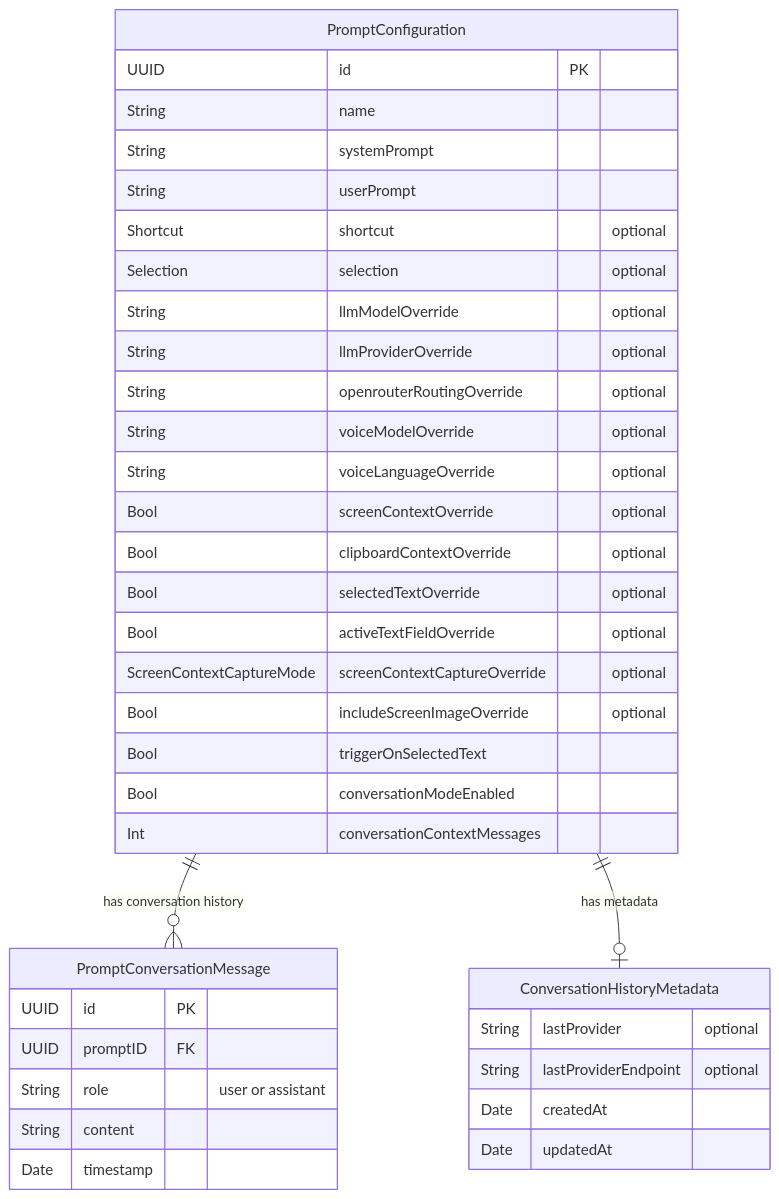
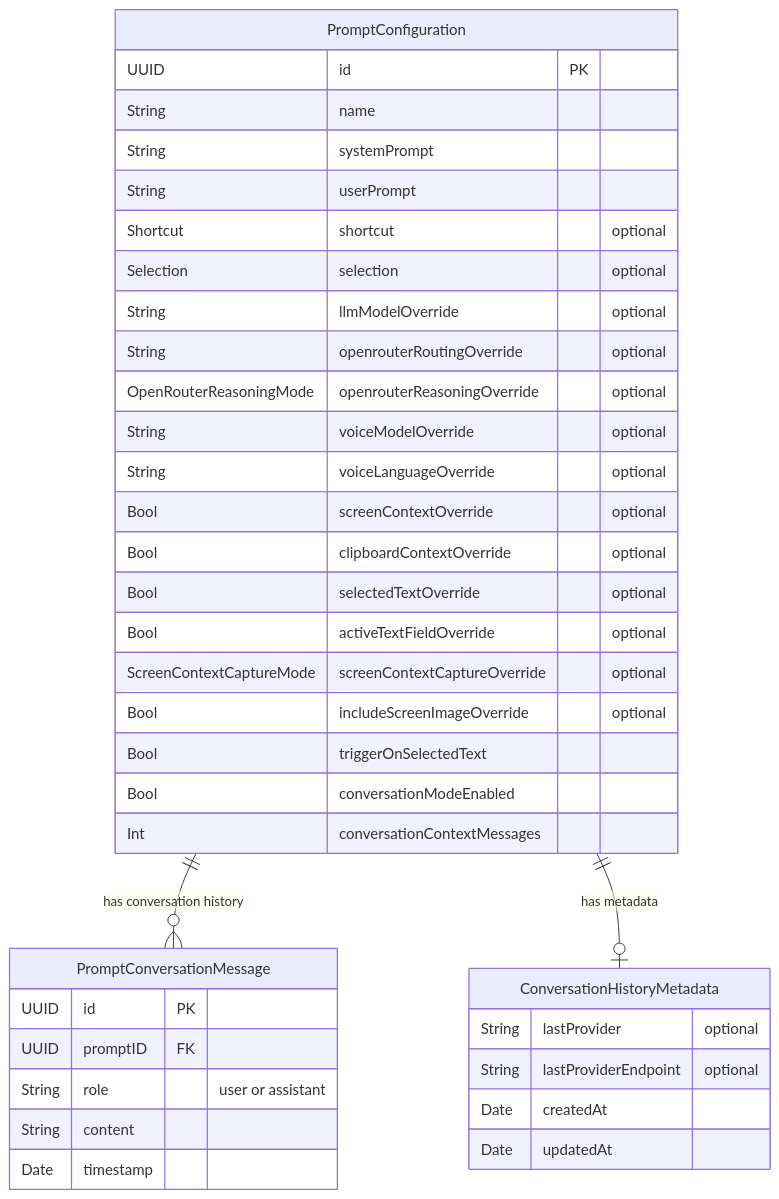
One commit to dkapo88/WonderWhisper-macOS changed the first of 13 diagrams in datamodel.md. Above: the diagram before and after it, drawn with Mermaid. The commit also changed other lines of this file and 27 other files, not shown here.

````diff
--- a/datamodel.md
+++ b/datamodel.md
@@ -32,43 +32,43 @@
 ```mermaid
 erDiagram
     PromptConfiguration ||--o{ PromptConversationMessage : "has conversation history"
     PromptConfiguration {
         UUID id PK
         String name
         String systemPrompt
         String userPrompt
         Shortcut shortcut "optional"
         Selection selection "optional"
         String llmModelOverride "optional"
-        String llmProviderOverride "optional"
         String openrouterRoutingOverride "optional"
+        OpenRouterReasoningMode openrouterReasoningOverride "optional"
         String voiceModelOverride "optional"
         String voiceLanguageOverride "optional"
         Bool screenContextOverride "optional"
         Bool clipboardContextOverride "optional"
         Bool selectedTextOverride "optional"
         Bool activeTextFieldOverride "optional"
         ScreenContextCaptureMode screenContextCaptureOverride "optional"
         Bool includeScreenImageOverride "optional"
         Bool triggerOnSelectedText
         Bool conversationModeEnabled
         Int conversationContextMessages
     }
     
     PromptConversationMessage {
         UUID id PK
         UUID promptID FK
         String role "user or assistant"
         String content
         Date timestamp
     }
     
     ConversationHistoryMetadata {
         String lastProvider "optional"
         String lastProviderEndpoint "optional"
         Date createdAt
         Date updatedAt
     }
     
     PromptConfiguration ||--o| ConversationHistoryMetadata : "has metadata"
 ```
````
